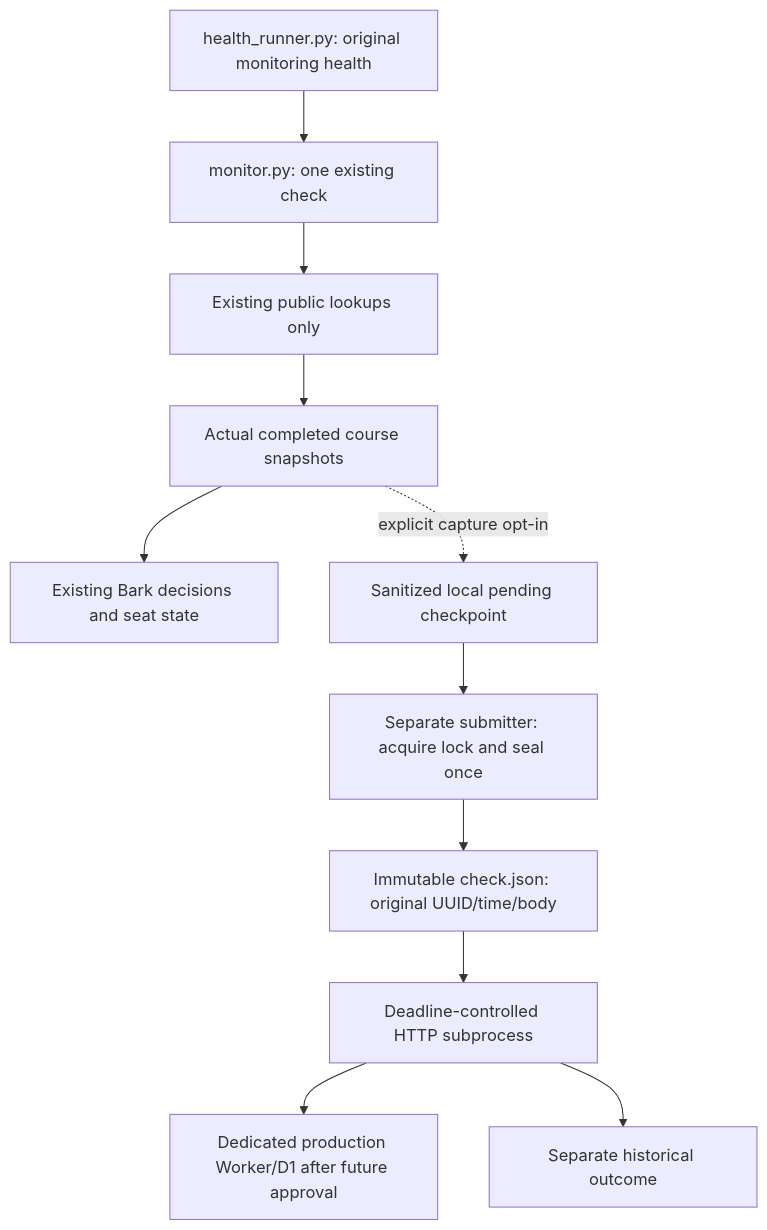
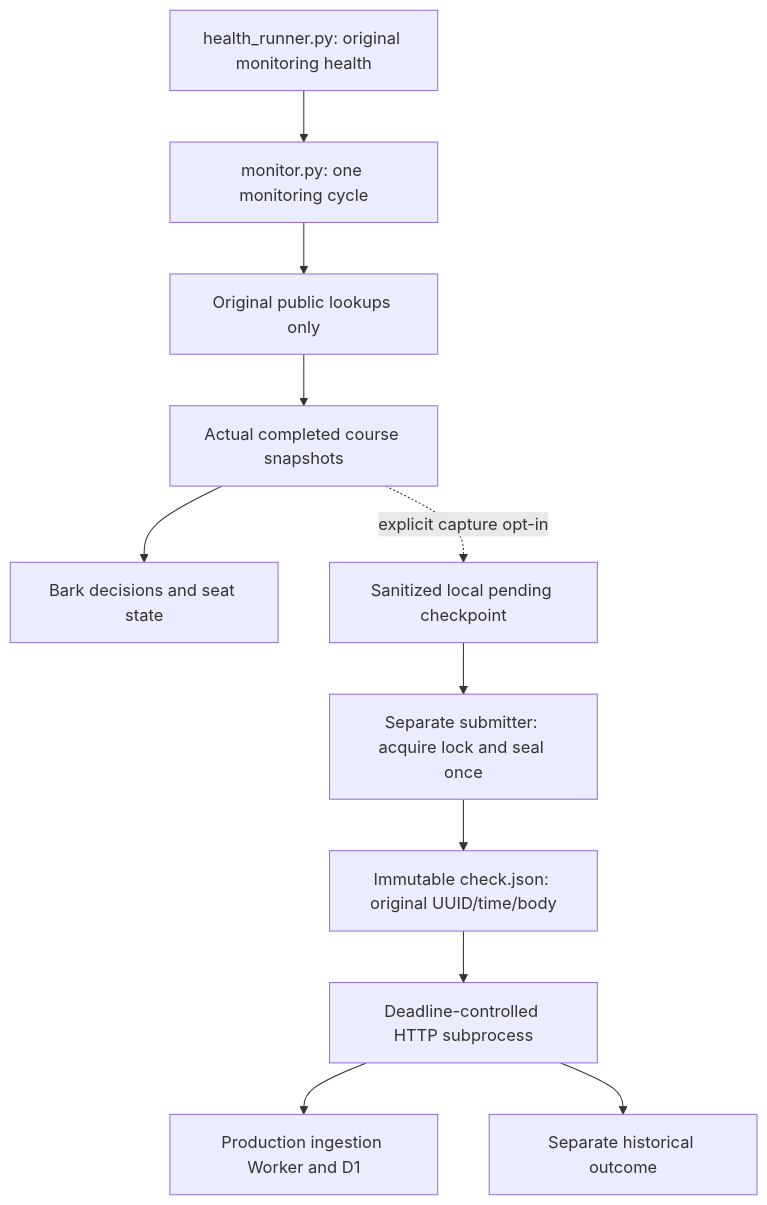
Before and after one commit to BirdIsOffline/gmu-seat-monitor: the diagram in docs/LIVE_HISTORY_ADAPTER.md, drawn with Mermaid. The commit also changed other lines of this file and 20 other files, not shown here.

````diff
--- a/docs/LIVE_HISTORY_ADAPTER.md
+++ b/docs/LIVE_HISTORY_ADAPTER.md
@@ -25,13 +13,13 @@
 ```mermaid
 flowchart TD
-    Health[health_runner.py: original monitoring health] --> Monitor[monitor.py: one existing check]
-    Monitor --> GMU[Existing public lookups only]
+    Health[health_runner.py: original monitoring health] --> Monitor[monitor.py: one monitoring cycle]
+    Monitor --> GMU[Original public lookups only]
     GMU --> Completed[Actual completed course snapshots]
-    Completed --> Alert[Existing Bark decisions and seat state]
+    Completed --> Alert[Bark decisions and seat state]
     Completed -. explicit capture opt-in .-> Pending[Sanitized local pending checkpoint]
     Pending --> Seal[Separate submitter: acquire lock and seal once]
     Seal --> Body[Immutable check.json: original UUID/time/body]
     Body --> Worker[Deadline-controlled HTTP subprocess]
-    Worker --> D1[Dedicated production Worker/D1 after future approval]
+    Worker --> D1[Production ingestion Worker and D1]
     Worker --> Report[Separate historical outcome]
 ```
````
